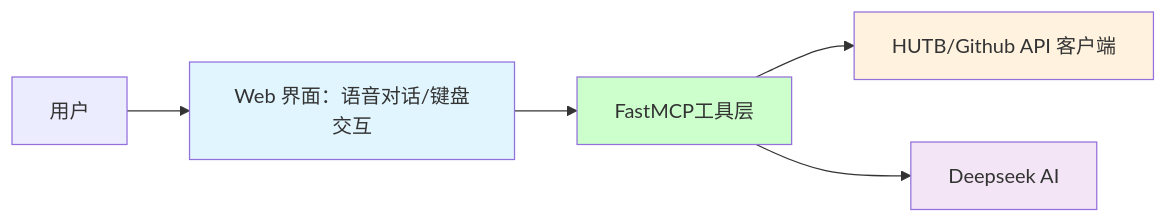
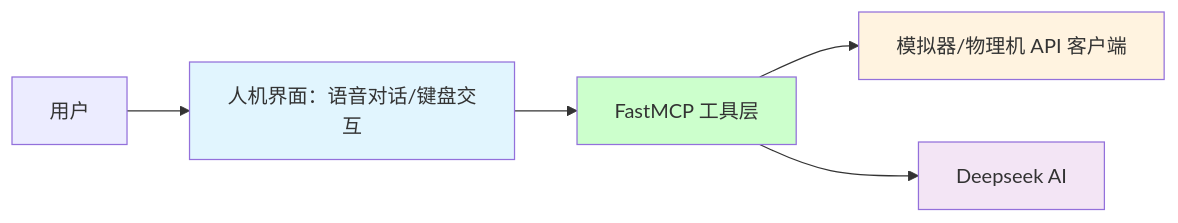
One commit to OpenHUTB/mcp changed the diagram in README.md. Above: the diagram before and after it, drawn with Mermaid. The commit also changed other lines of this file, not shown here.

Commit message:
细化工作流程

````diff
--- a/README.md
+++ b/README.md
@@ -9,12 +9,12 @@
 ```mermaid
 graph LR
-    A[用户] --> B[Web 界面：语音对话/键盘交互]
-    B --> C[FastMCP工具层]
-    C --> D[HUTB/Github API 客户端]
+    A[用户] --> B[人机界面：语音对话/键盘交互]
+    B --> C[FastMCP 工具层]
+    C --> D[模拟器/物理机 API 客户端]
     C --> E[Deepseek AI]
     
     style B fill:#e1f5fe
     style C fill:#ccffcc
     style D fill:#fff3e0
     style E fill:#f3e5f5
 ```
````
